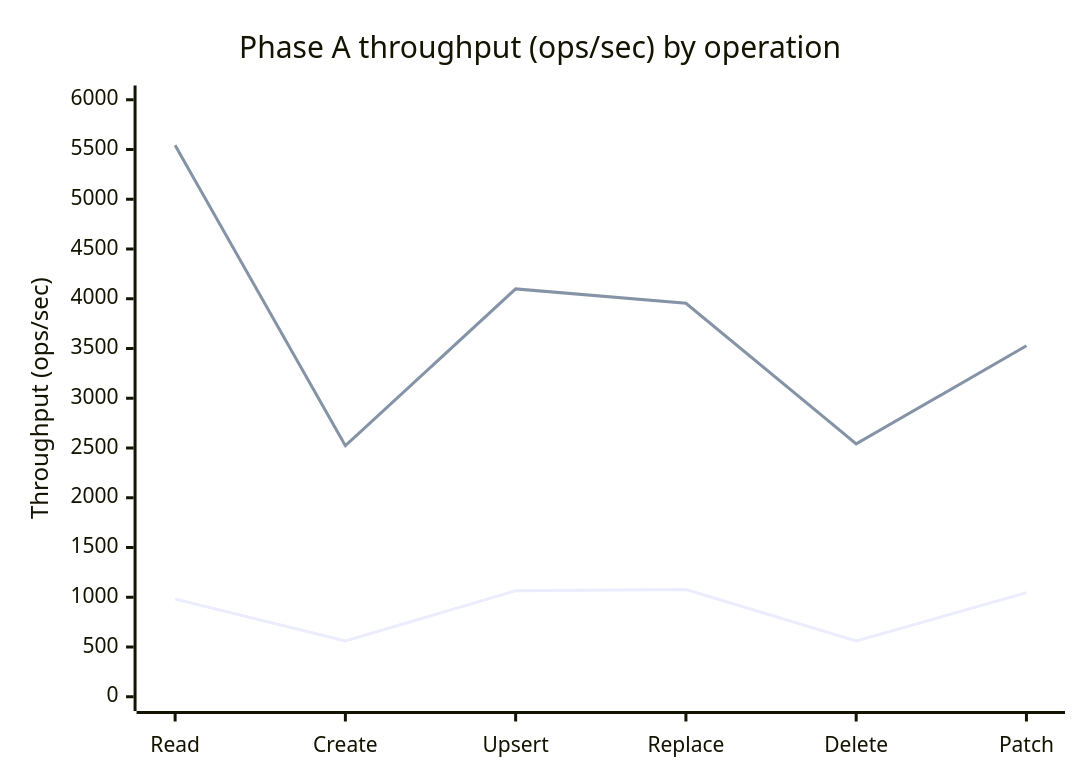
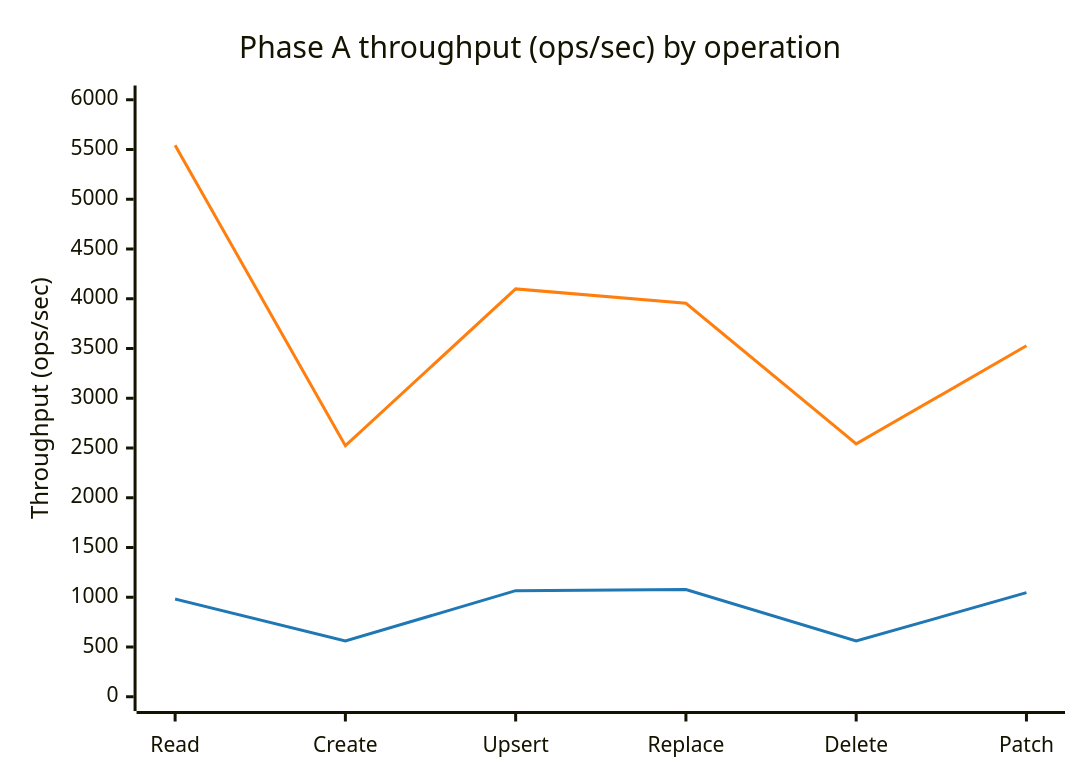
The third of 7 diagrams in sdk/cosmos/azure-cosmos/docs/rust-vs-python-perf-drill.md (Azure/azure-sdk-for-python), drawn with Mermaid before and after one commit. The commit also changed other lines of this file and 2 other files, not shown here.

````diff
--- a/sdk/cosmos/azure-cosmos/docs/rust-vs-python-perf-drill.md
+++ b/sdk/cosmos/azure-cosmos/docs/rust-vs-python-perf-drill.md
@@ -174,8 +149,14 @@
 ```mermaid
+---
+config:
+  themeVariables:
+    xyChart:
+      plotColorPalette: "#1f77b4,#ff7f0e"
+---
 xychart-beta
     title "Phase A throughput (ops/sec) by operation"
     x-axis ["Read","Create","Upsert","Replace","Delete","Patch"]
     y-axis "Throughput (ops/sec)" 0 --> 6000
-    line "Core Python" [982,560,1066,1077,560,1046]
-    line "Rust" [5542,2523,4099,3955,2542,3527]
+    line "Python (core-python)" [982,560,1066,1077,560,1046]
+    line "Rust backend" [5542,2523,4099,3955,2542,3527]
 ```
````
